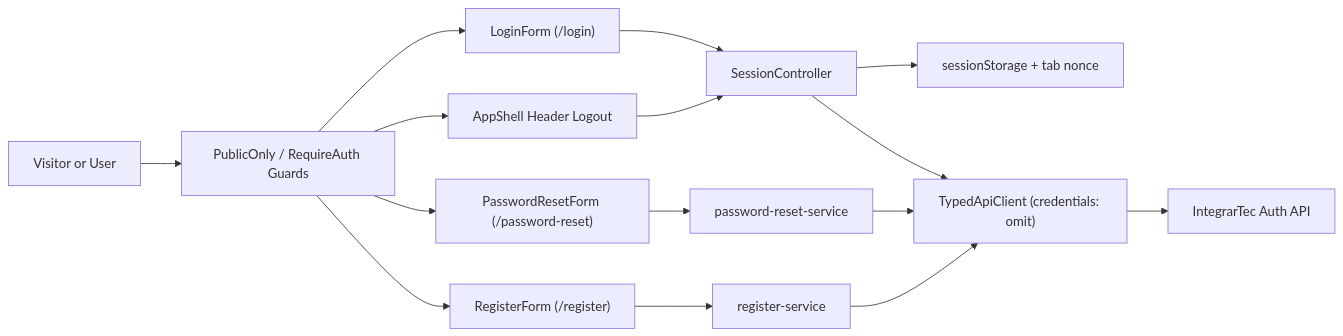
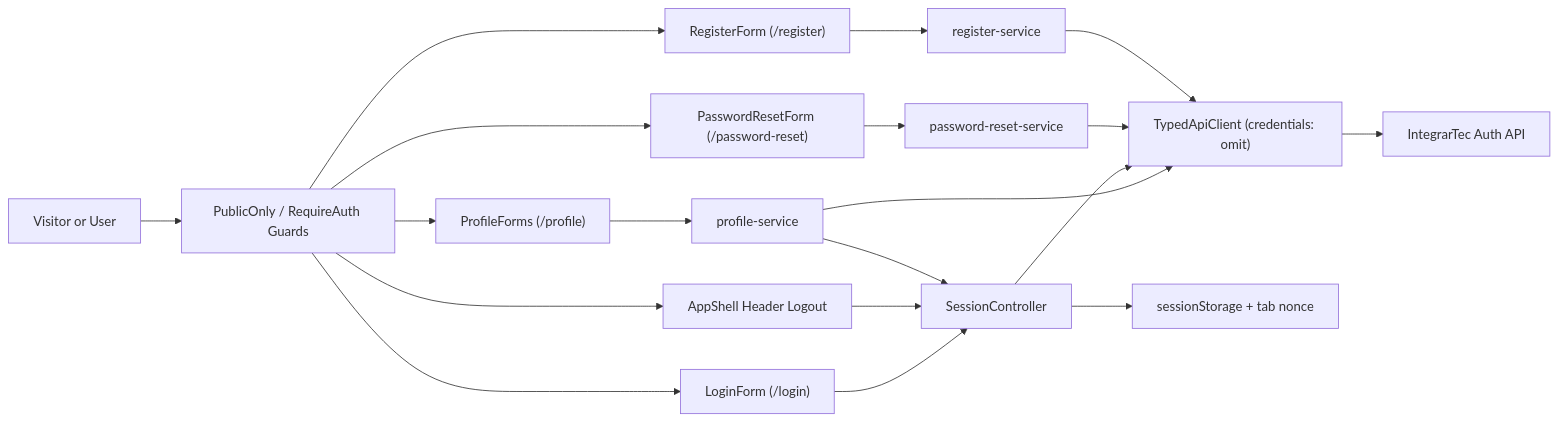
One commit to Agustin742/integratec-final-front changed the diagram in docs/threat-model.md. Above: the diagram before and after it, drawn with Mermaid. The commit also changed other lines of this file and 1 other file, not shown here.

Commit message:
docs(profile): document profile threats and session lifecycle integration (#29)

````diff
--- a/docs/threat-model.md
+++ b/docs/threat-model.md
@@ -25,17 +29,21 @@
 ```mermaid
 flowchart LR
   Visitor["Visitor or User"] --> Guards["PublicOnly / RequireAuth Guards"]
   Guards --> LoginUI["LoginForm (/login)"]
   Guards --> ResetUI["PasswordResetForm (/password-reset)"]
   Guards --> RegUI["RegisterForm (/register)"]
   Guards --> Shell["AppShell Header Logout"]
+  Guards --> ProfileUI["ProfileForms (/profile)"]
   LoginUI --> Controller["SessionController"]
   Shell --> Controller
+  ProfileUI --> ProfileSvc["profile-service"]
+  ProfileSvc --> Client
+  ProfileSvc --> Controller
   ResetUI --> ResetSvc["password-reset-service"]
   RegUI --> RegSvc["register-service"]
   Controller --> Storage["sessionStorage + tab nonce"]
   Controller --> Client["TypedApiClient (credentials: omit)"]
   ResetSvc --> Client
   RegSvc --> Client
   Client --> API["IntegrarTec Auth API"]
 ```
````
